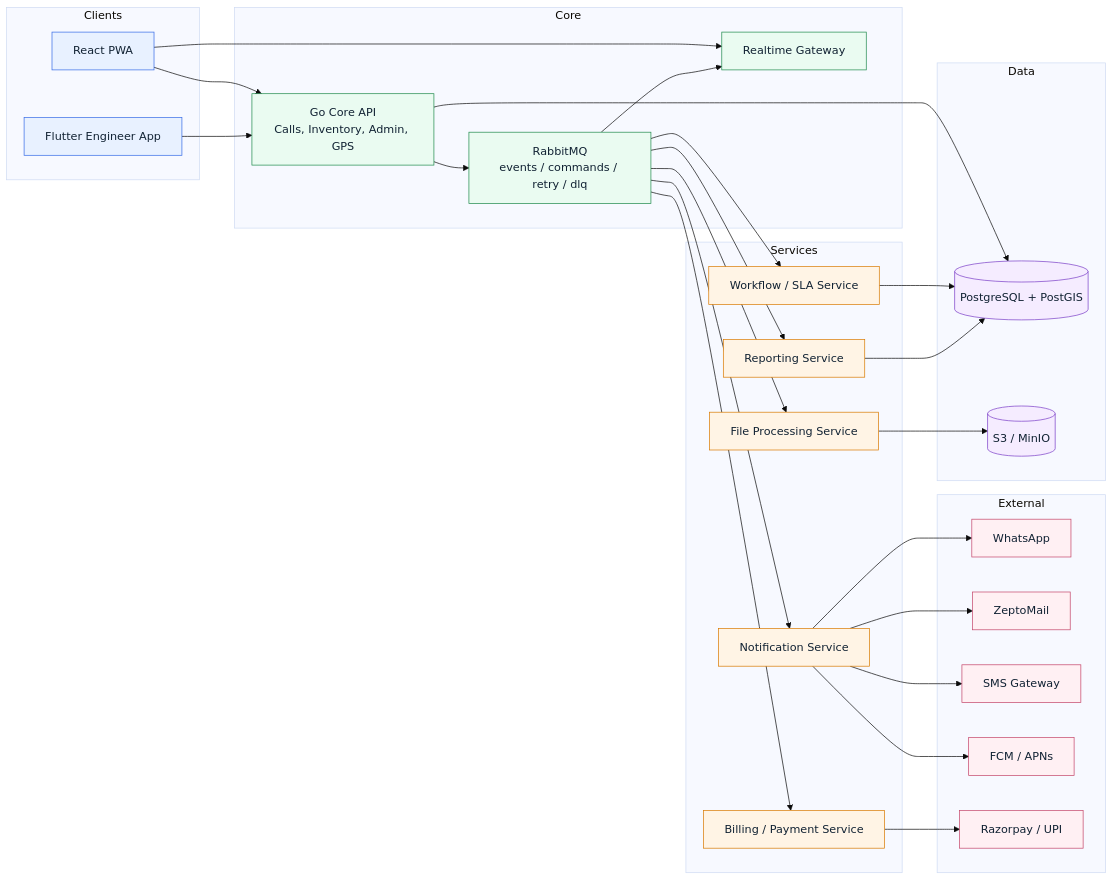
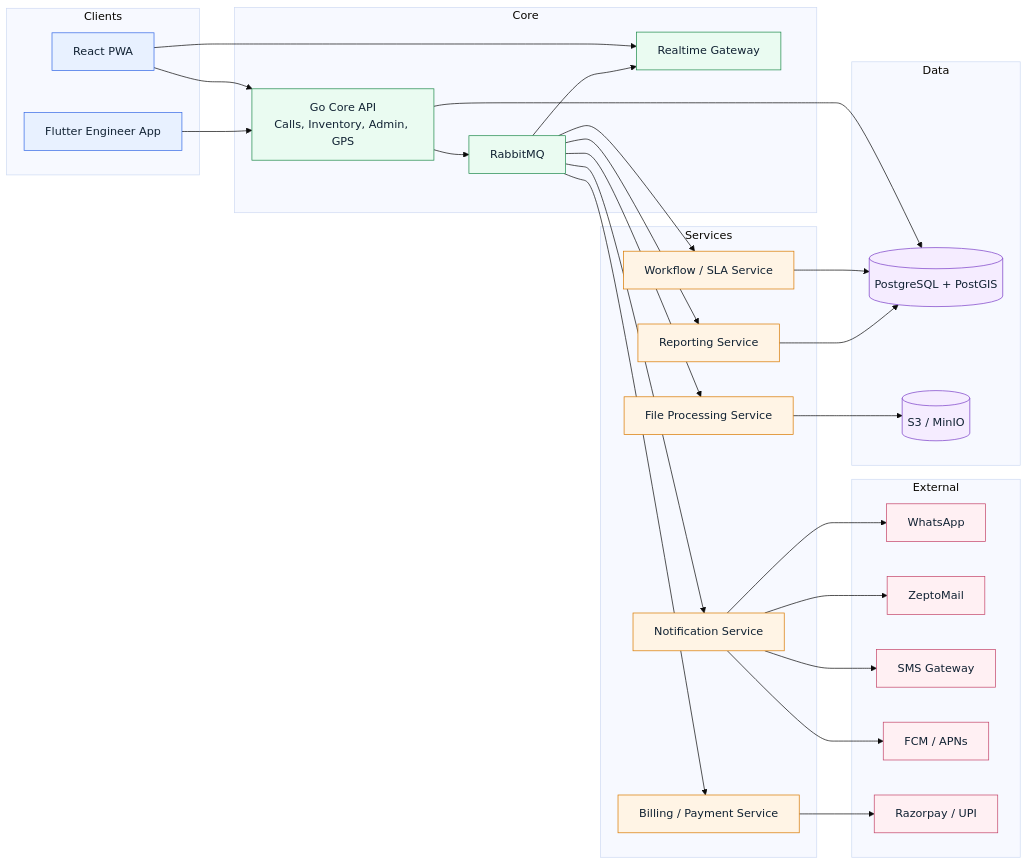
The second of 3 diagrams in Readme.md (Rama12/EIPlatform1), drawn with Mermaid (base theme) before and after one commit. The commit also changed other lines of this file, not shown here.

````diff
--- a/Readme.md
+++ b/Readme.md
@@ -130,68 +112,68 @@
 ```mermaid
 flowchart LR
     classDef client fill:#E8F1FF,stroke:#356AE6,color:#123;
     classDef core fill:#EAFBF1,stroke:#1F8A4C,color:#123;
     classDef svc fill:#FFF4E5,stroke:#D97A00,color:#123;
     classDef data fill:#F5ECFF,stroke:#7A3EC8,color:#123;
     classDef ext fill:#FFF0F3,stroke:#C44569,color:#123;
 
     subgraph Clients
         PWA[React PWA]
         ENGAPP[Flutter Engineer App]
     end
 
     subgraph Core
         API[Go Core API<br/>Calls, Inventory, Admin, GPS]
         WS[Realtime Gateway]
-        MQ[RabbitMQ<br/>events / commands / retry / dlq]
+        MQ[RabbitMQ]
     end
 
     subgraph Services
         NS[Notification Service]
         BS[Billing / Payment Service]
         FS[File Processing Service]
         WF[Workflow / SLA Service]
         RS[Reporting Service]
     end
 
     subgraph Data
         PG[(PostgreSQL + PostGIS)]
         S3[(S3 / MinIO)]
     end
 
     subgraph External
         WA[WhatsApp]
         EM[ZeptoMail]
         SMS[SMS Gateway]
         PUSH[FCM / APNs]
         PAY[Razorpay / UPI]
     end
 
     PWA --> API
     ENGAPP --> API
     PWA --> WS
     API --> PG
     API --> MQ
 
     MQ --> NS
     MQ --> BS
     MQ --> FS
     MQ --> WF
     MQ --> RS
     MQ --> WS
 
     NS --> WA
     NS --> EM
     NS --> SMS
     NS --> PUSH
     BS --> PAY
     FS --> S3
     WF --> PG
     RS --> PG
 
     class PWA,ENGAPP client;
     class API,WS,MQ core;
     class NS,BS,FS,WF,RS svc;
     class PG,S3 data;
     class WA,EM,SMS,PUSH,PAY ext;
 ```
````
